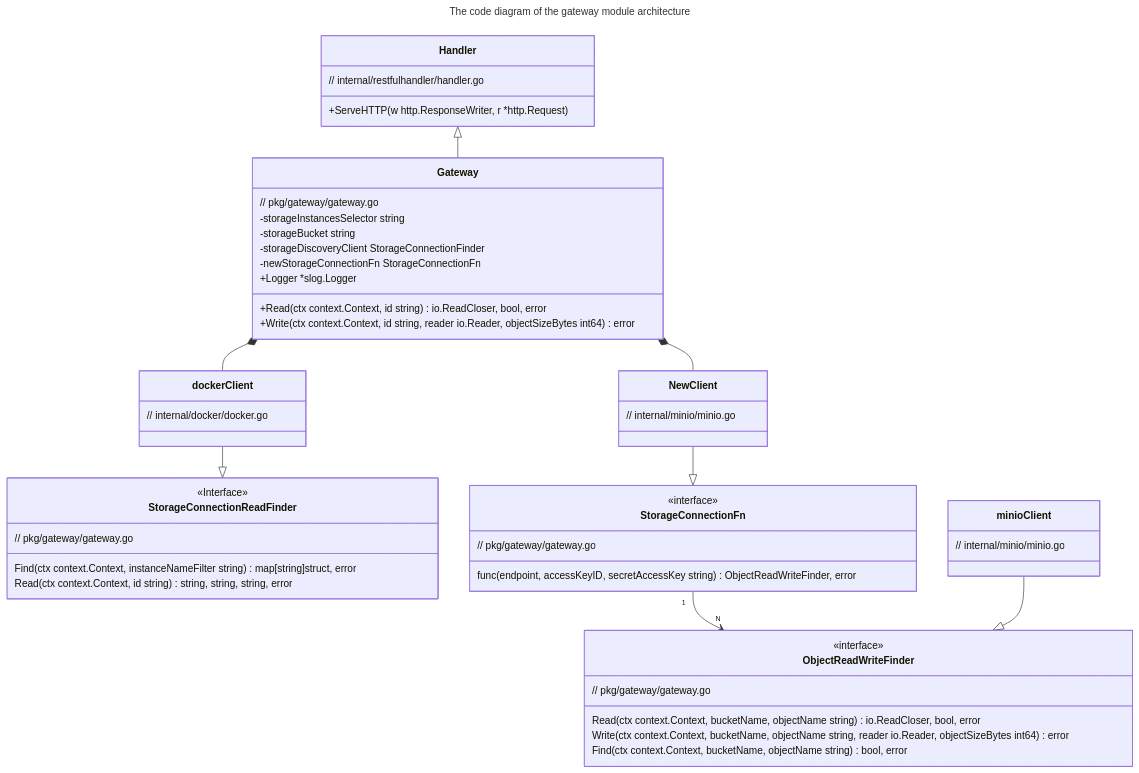
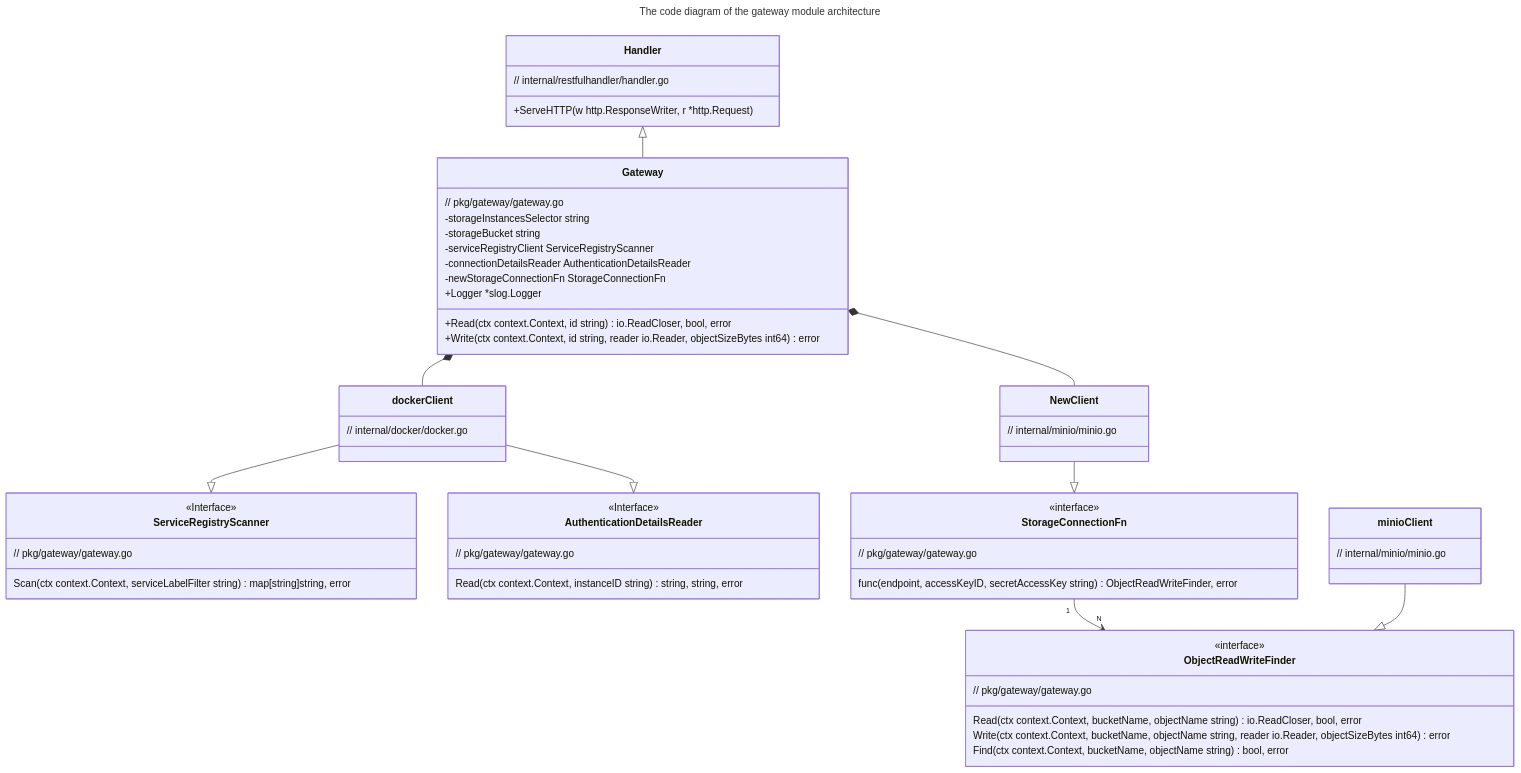
One commit to kislerdm/object-storage-gateway changed the diagram in README.md. Above: the diagram before and after it, drawn with Mermaid. The commit also changed other lines of this file and 7 other files, not shown here.

Commit message:
chore: refactor to split interfaces to scan the service registry and to read auth details.

````diff
--- a/README.md
+++ b/README.md
@@ -98,64 +98,71 @@
 ```mermaid
 ---
 title: The code diagram of the gateway module architecture
 ---
 classDiagram
   class Gateway {
       // pkg/gateway/gateway.go
       -storageInstancesSelector string
       -storageBucket            string
-      -storageDiscoveryClient   StorageConnectionFinder
+      -serviceRegistryClient   ServiceRegistryScanner
+      -connectionDetailsReader AuthenticationDetailsReader
       -newStorageConnectionFn   StorageConnectionFn
        +Logger *slog.Logger
 
       +Read(ctx context.Context, id string) io.ReadCloser, bool, error
       +Write(ctx context.Context, id string, reader io.Reader, objectSizeBytes int64) error
   }
 
-  class StorageConnectionReadFinder {
+  class ServiceRegistryScanner {
       // pkg/gateway/gateway.go
       <<Interface>>
-      Find(ctx context.Context, instanceNameFilter string) map[string]struct, error
-      Read(ctx context.Context, id string) string, string, string, error
+    Scan(ctx context.Context, serviceLabelFilter string) map[string]string, error
+  }
+
+  class AuthenticationDetailsReader {
+    // pkg/gateway/gateway.go
+    <<Interface>>
+    Read(ctx context.Context, instanceID string) string, string, error
   }
 
   class ObjectReadWriteFinder {
       // pkg/gateway/gateway.go
       <<interface>>
       Read(ctx context.Context, bucketName, objectName string) io.ReadCloser, bool, error
       Write(ctx context.Context, bucketName, objectName string, reader io.Reader, objectSizeBytes int64) error
       Find(ctx context.Context, bucketName, objectName string) bool, error
   }
 
   class StorageConnectionFn {
       // pkg/gateway/gateway.go
       <<interface>>
       func(endpoint, accessKeyID, secretAccessKey string) ObjectReadWriteFinder, error
   }
 
   class Handler {
       // internal/restfulhandler/handler.go
       +ServeHTTP(w http.ResponseWriter, r *http.Request)
   }
 
   class dockerClient {
       // internal/docker/docker.go
   }
 
   class minioClient {
   // internal/minio/minio.go
   }
 
   class NewClient {
   // internal/minio/minio.go
   }
 
   StorageConnectionFn "1" --> "N" ObjectReadWriteFinder
   
   minioClient --|> ObjectReadWriteFinder
-  dockerClient --|> StorageConnectionReadFinder
+  dockerClient --|> ServiceRegistryScanner
+  dockerClient --|> AuthenticationDetailsReader
   NewClient --|> StorageConnectionFn
   Gateway *-- dockerClient
   Gateway *-- NewClient
   Handler <|-- Gateway
 ```
````
